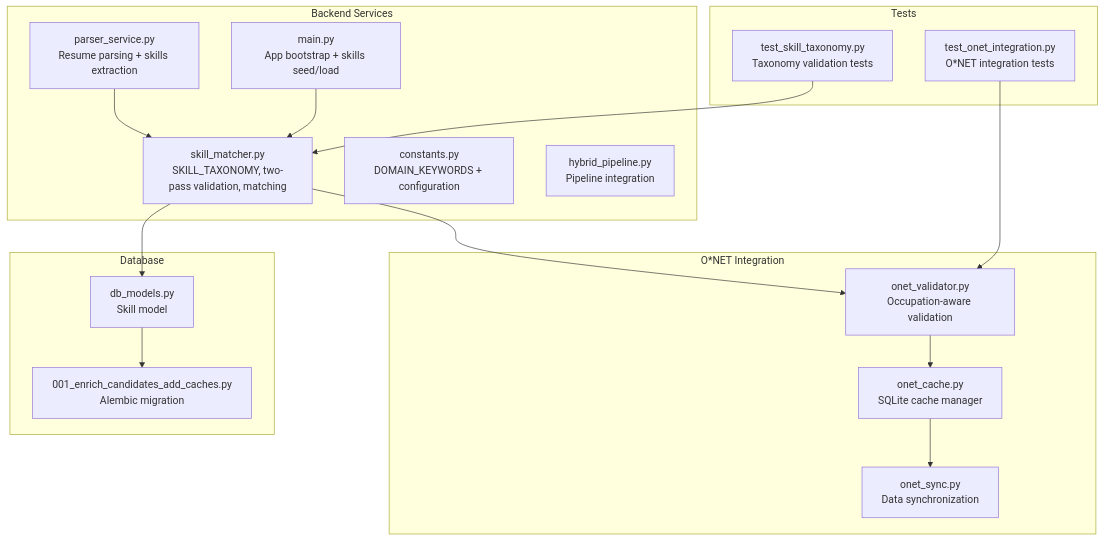
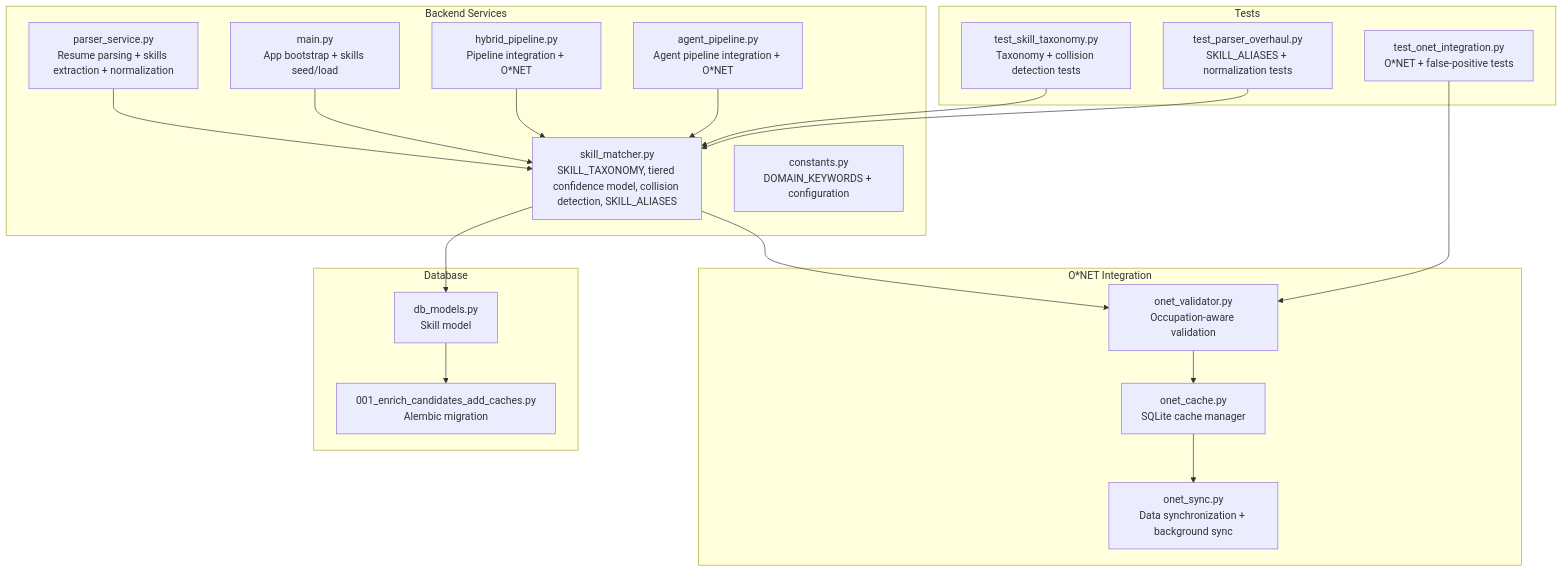
The first of 8 diagrams in .qoder/repowiki/en/content/Advanced Topics/Skills Registry Extension.md (Revanththetalogics/aireume), drawn with Mermaid before and after one commit. The commit also changed other lines of this file and 41 other files, not shown here.

````diff
--- a/.qoder/repowiki/en/content/Advanced Topics/Skills Registry Extension.md
+++ b/.qoder/repowiki/en/content/Advanced Topics/Skills Registry Extension.md
@@ -62,32 +69,37 @@
 ```mermaid
 graph TB
 subgraph "Backend Services"
-SM["skill_matcher.py<br/>SKILL_TAXONOMY, two-pass validation, matching"]
-PS["parser_service.py<br/>Resume parsing + skills extraction"]
+SM["skill_matcher.py<br/>SKILL_TAXONOMY, tiered confidence model, collision detection, SKILL_ALIASES"]
+PS["parser_service.py<br/>Resume parsing + skills extraction + normalization"]
 CONST["constants.py<br/>DOMAIN_KEYWORDS + configuration"]
 MAIN["main.py<br/>App bootstrap + skills seed/load"]
-HP["hybrid_pipeline.py<br/>Pipeline integration"]
+HP["hybrid_pipeline.py<br/>Pipeline integration + O*NET"]
+AP["agent_pipeline.py<br/>Agent pipeline integration + O*NET"]
 end
 subgraph "O*NET Integration"
 OC["onet_cache.py<br/>SQLite cache manager"]
-OS["onet_sync.py<br/>Data synchronization"]
+OS["onet_sync.py<br/>Data synchronization + background sync"]
 OV["onet_validator.py<br/>Occupation-aware validation"]
 end
 subgraph "Database"
 DBM["db_models.py<br/>Skill model"]
 MIG["001_enrich_candidates_add_caches.py<br/>Alembic migration"]
 end
 subgraph "Tests"
-TST["test_skill_taxonomy.py<br/>Taxonomy validation tests"]
-OTST["test_onet_integration.py<br/>O*NET integration tests"]
+TST["test_skill_taxonomy.py<br/>Taxonomy + collision detection tests"]
+TOP["test_parser_overhaul.py<br/>SKILL_ALIASES + normalization tests"]
+OTST["test_onet_integration.py<br/>O*NET + false-positive tests"]
 end
 SM --> DBM
 SM --> OV
 PS --> SM
 MAIN --> SM
 DBM --> MIG
 TST --> SM
+TOP --> SM
 OTST --> OV
 OC --> OS
 OV --> OC
+HP --> SM
+AP --> SM
 ```
````
